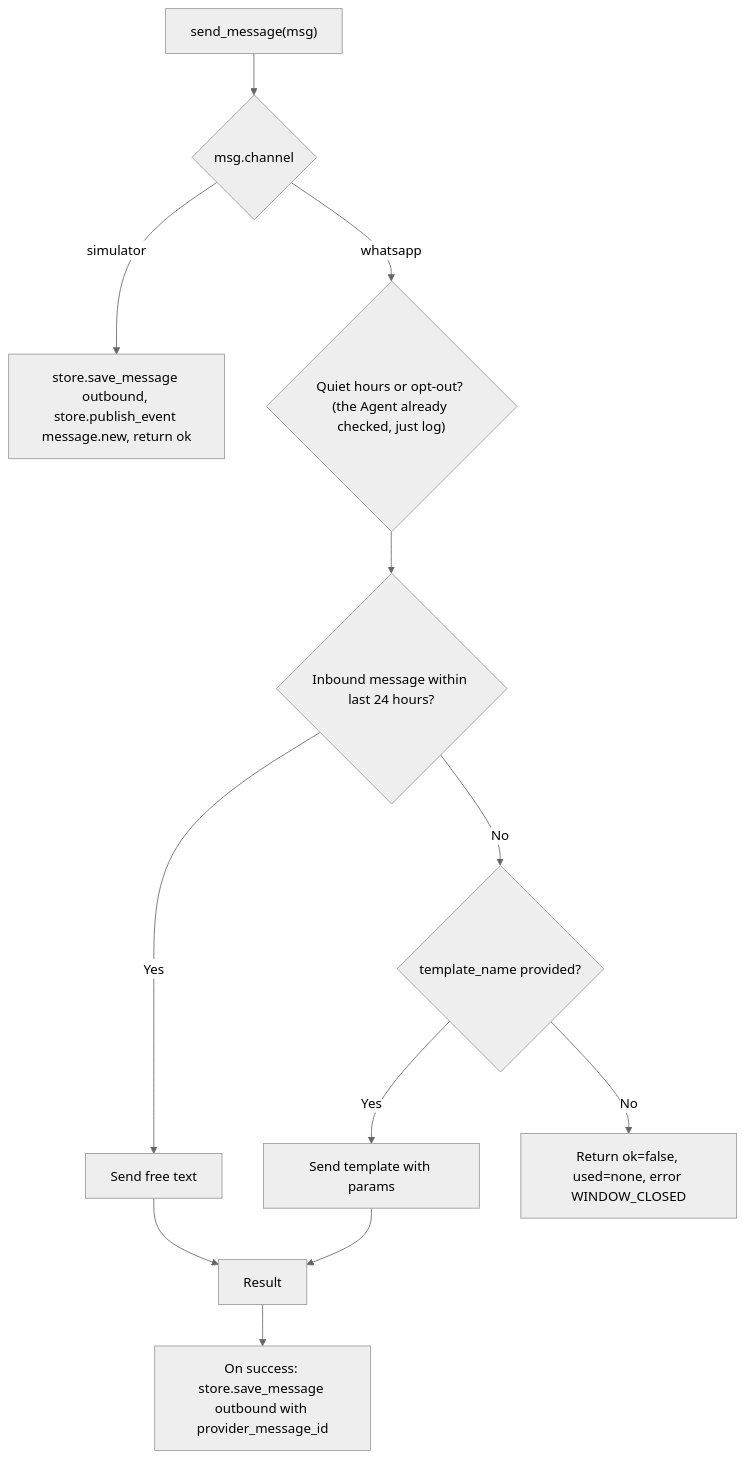
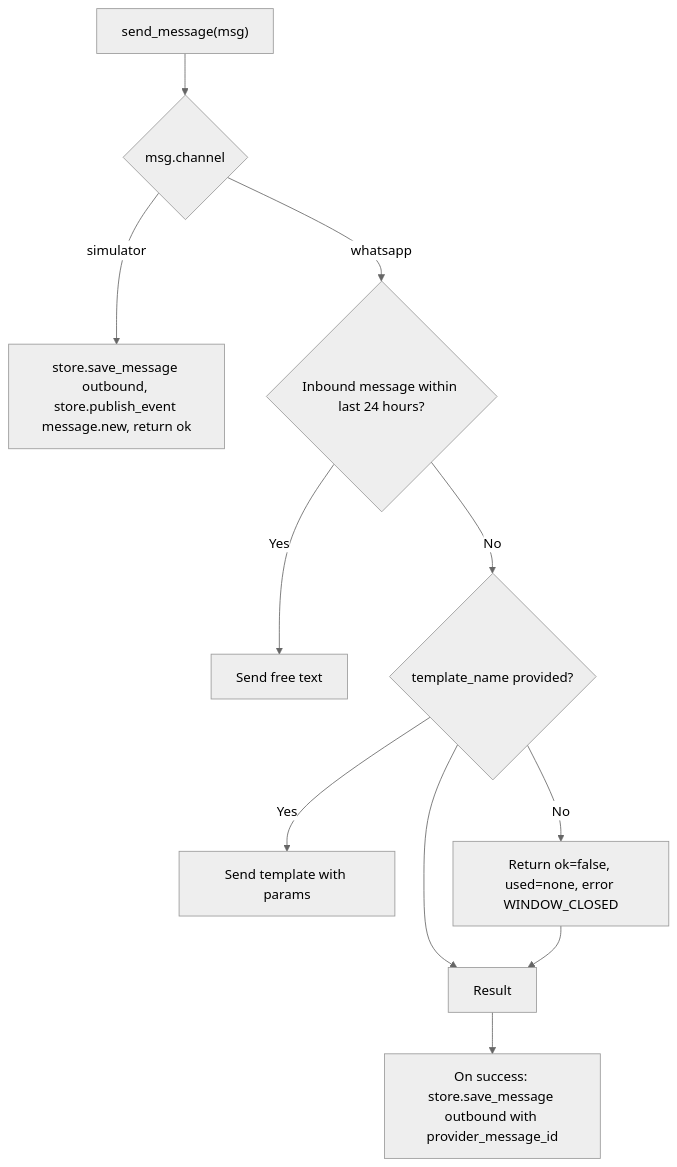
The fourth of 5 diagrams in team-split-docs/2_INTEGRATIONS_BUILD_DOC_PERSON1.md (archangel2006/paytm-hackathon), drawn with Mermaid (neutral theme) before and after one commit. The commit also changed 15 other files, not shown here.

````diff
--- a/team-split-docs/2_INTEGRATIONS_BUILD_DOC_PERSON1.md
+++ b/team-split-docs/2_INTEGRATIONS_BUILD_DOC_PERSON1.md
@@ -299,14 +299,13 @@
 ```mermaid
 flowchart TD
     A["send_message(msg)"] --> B{"msg.channel"}
     B -->|"simulator"| S["store.save_message outbound, store.publish_event message.new, return ok"]
-    B -->|"whatsapp"| C{"Quiet hours or opt-out? (the Agent already checked, just log)"}
-    C --> D{"Inbound message within last 24 hours?"}
-    D -->|"Yes"| E["Send free text"]
-    D -->|"No"| F{"template_name provided?"}
-    F -->|"Yes"| G["Send template with params"]
-    F -->|"No"| H["Return ok=false, used=none, error WINDOW_CLOSED"]
+    B -->|"whatsapp"| C{"Inbound message within last 24 hours?"}
+    C -->|"Yes"| D["Send free text"]
+    C -->|"No"| E{"template_name provided?"}
+    E -->|"Yes"| F["Send template with params"]
+    E -->|"No"| G["Return ok=false, used=none, error WINDOW_CLOSED"]
     E --> R["Result"]
     G --> R
     R --> K["On success: store.save_message outbound with provider_message_id"]
 ```
````
